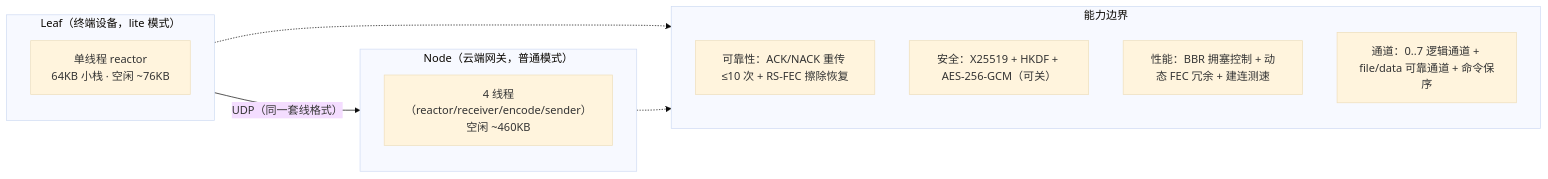
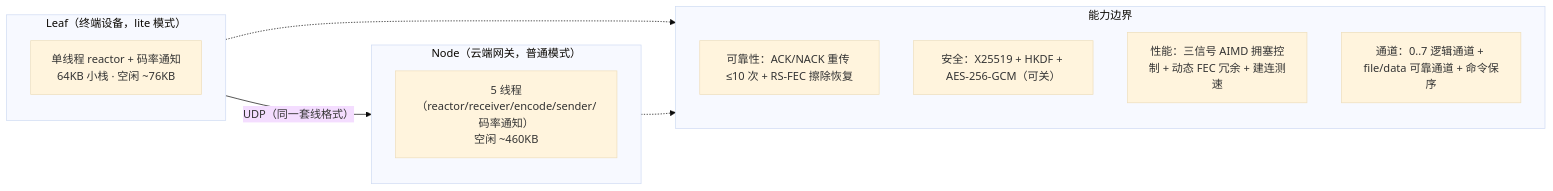
Before and after one commit to arrayforward/tight: the first of 13 diagrams in docs/tight_design.md, drawn with Mermaid (base theme). The commit also changed other lines of this file and 17 other files, not shown here.

````diff
--- a/docs/tight_design.md
+++ b/docs/tight_design.md
@@ -34,18 +34,18 @@
 ```mermaid
 flowchart LR
     subgraph Leaf["Leaf（终端设备，lite 模式）"]
-        L1["单线程 reactor<br/>64KB 小栈 · 空闲 ~76KB"]
+        L1["单线程 reactor + 码率通知<br/>64KB 小栈 · 空闲 ~76KB"]
     end
     subgraph Node["Node（云端网关，普通模式）"]
-        N1["4 线程（reactor/receiver/encode/sender）<br/>空闲 ~460KB"]
+        N1["5 线程（reactor/receiver/encode/sender/码率通知）<br/>空闲 ~460KB"]
     end
     Leaf -->|"UDP（同一套线格式）"| Node
     subgraph Cap["能力边界"]
         C1["可靠性：ACK/NACK 重传 ≤10 次 + RS-FEC 擦除恢复"]
         C2["安全：X25519 + HKDF + AES-256-GCM（可关）"]
-        C3["性能：BBR 拥塞控制 + 动态 FEC 冗余 + 建连测速"]
+        C3["性能：三信号 AIMD 拥塞控制 + 动态 FEC 冗余 + 建连测速"]
         C4["通道：0..7 逻辑通道 + file/data 可靠通道 + 命令保序"]
     end
     Leaf -.-> Cap
     Node -.-> Cap
 ```
````
